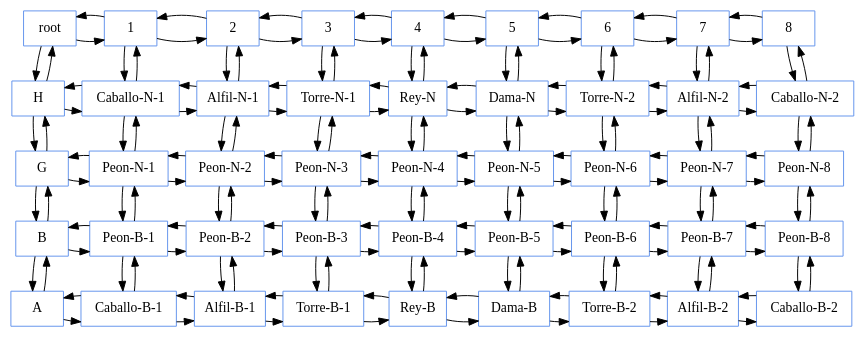
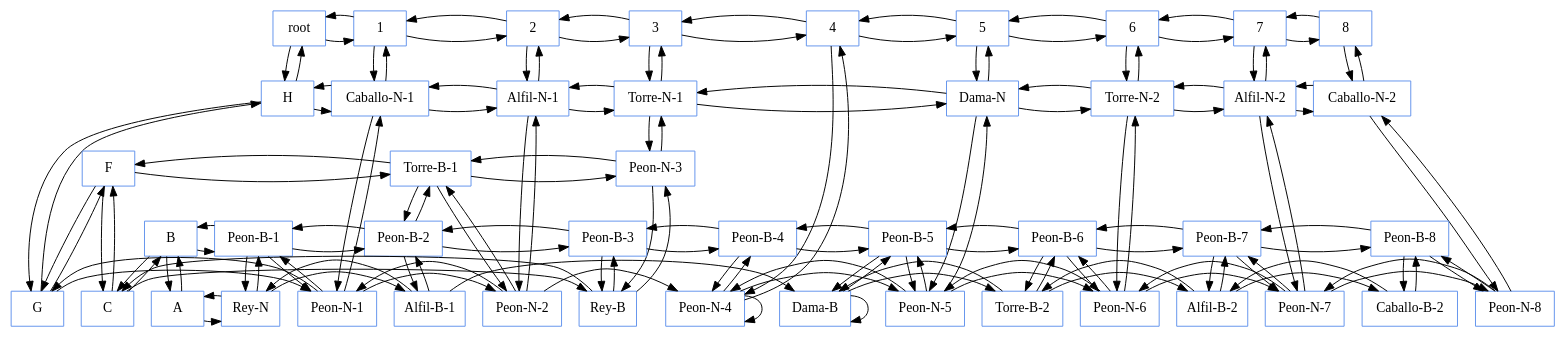
The diagram in Proyectos/Proyecto1/build-Ajedrez3D-Desktop_Qt_5_9_0_MinGW_32bit-Debug/Matriz.dot (ricardcutzh/EDD_Junio), drawn with Graphviz before and after one commit. The commit also changed 15 other files, not shown here.

```diff
--- a/Proyectos/Proyecto1/build-Ajedrez3D-Desktop_Qt_5_9_0_MinGW_32bit-Debug/Matriz.dot
+++ b/Proyectos/Proyecto1/build-Ajedrez3D-Desktop_Qt_5_9_0_MinGW_32bit-Debug/Matriz.dot
@@ -1,166 +1,171 @@
 digraph g {
 node [shape=box, color=cornflowerblue ];
 {rank=same;"root";"1";"2";"3";"4";"5";"6";"7";"8";};
 "root";
 {rank=same;"root";"root";"1";"2";"3";"4";"5";"6";"7";"8";};
 "root"->"1";
 "root"->"H";
 "1"->"2";
 "1"->"root";
 "1"->"Caballo-N-1";
 "2"->"3";
 "2"->"1";
 "2"->"Alfil-N-1";
 "3"->"4";
 "3"->"2";
 "3"->"Torre-N-1";
 "4"->"5";
 "4"->"3";
-"4"->"Rey-N";
+"4"->"Peon-N-4";
 "5"->"6";
 "5"->"4";
 "5"->"Dama-N";
 "6"->"7";
 "6"->"5";
 "6"->"Torre-N-2";
 "7"->"8";
 "7"->"6";
 "7"->"Alfil-N-2";
 "8"->"7";
 "8"->"Caballo-N-2";
 "H";
-{rank=same;"H";"H";"Caballo-N-1";"Alfil-N-1";"Torre-N-1";"Rey-N";"Dama-N";"Torre-N-2";"Alfil-N-2";"Caballo-N-2";};
+{rank=same;"H";"H";"Caballo-N-1";"Alfil-N-1";"Torre-N-1";"Dama-N";"Torre-N-2";"Alfil-N-2";"Caballo-N-2";};
 "H"->"Caballo-N-1";
 "H"->"G";
 "H"->"root";
 "Caballo-N-1"->"Alfil-N-1";
 "Caballo-N-1"->"H";
 "Caballo-N-1"->"Peon-N-1";
 "Caballo-N-1"->"1";
 "Alfil-N-1"->"Torre-N-1";
 "Alfil-N-1"->"Caballo-N-1";
 "Alfil-N-1"->"Peon-N-2";
 "Alfil-N-1"->"2";
-"Torre-N-1"->"Rey-N";
+"Torre-N-1"->"Dama-N";
 "Torre-N-1"->"Alfil-N-1";
 "Torre-N-1"->"Peon-N-3";
 "Torre-N-1"->"3";
-"Rey-N"->"Dama-N";
-"Rey-N"->"Torre-N-1";
-"Rey-N"->"Peon-N-4";
-"Rey-N"->"4";
 "Dama-N"->"Torre-N-2";
-"Dama-N"->"Rey-N";
+"Dama-N"->"Torre-N-1";
 "Dama-N"->"Peon-N-5";
 "Dama-N"->"5";
 "Torre-N-2"->"Alfil-N-2";
 "Torre-N-2"->"Dama-N";
 "Torre-N-2"->"Peon-N-6";
 "Torre-N-2"->"6";
 "Alfil-N-2"->"Caballo-N-2";
 "Alfil-N-2"->"Torre-N-2";
 "Alfil-N-2"->"Peon-N-7";
 "Alfil-N-2"->"7";
 "Caballo-N-2"->"Alfil-N-2";
 "Caballo-N-2"->"Peon-N-8";
 "Caballo-N-2"->"8";
 "G";
-{rank=same;"G";"G";"Peon-N-1";"Peon-N-2";"Peon-N-3";"Peon-N-4";"Peon-N-5";"Peon-N-6";"Peon-N-7";"Peon-N-8";};
+{rank=same;"G";"G";"Peon-N-1";"Peon-N-2";"Peon-N-4";"Peon-N-5";"Peon-N-6";"Peon-N-7";"Peon-N-8";};
 "G"->"Peon-N-1";
-"G"->"B";
+"G"->"F";
 "G"->"H";
 "Peon-N-1"->"Peon-N-2";
 "Peon-N-1"->"G";
 "Peon-N-1"->"Peon-B-1";
 "Peon-N-1"->"Caballo-N-1";
-"Peon-N-2"->"Peon-N-3";
+"Peon-N-2"->"Peon-N-4";
 "Peon-N-2"->"Peon-N-1";
-"Peon-N-2"->"Peon-B-2";
+"Peon-N-2"->"Torre-B-1";
 "Peon-N-2"->"Alfil-N-1";
-"Peon-N-3"->"Peon-N-4";
-"Peon-N-3"->"Peon-N-2";
-"Peon-N-3"->"Peon-B-3";
-"Peon-N-3"->"Torre-N-1";
 "Peon-N-4"->"Peon-N-5";
-"Peon-N-4"->"Peon-N-3";
+"Peon-N-4"->"Peon-N-4";
 "Peon-N-4"->"Peon-B-4";
-"Peon-N-4"->"Rey-N";
+"Peon-N-4"->"4";
 "Peon-N-5"->"Peon-N-6";
 "Peon-N-5"->"Peon-N-4";
 "Peon-N-5"->"Peon-B-5";
 "Peon-N-5"->"Dama-N";
 "Peon-N-6"->"Peon-N-7";
 "Peon-N-6"->"Peon-N-5";
 "Peon-N-6"->"Peon-B-6";
 "Peon-N-6"->"Torre-N-2";
 "Peon-N-7"->"Peon-N-8";
 "Peon-N-7"->"Peon-N-6";
 "Peon-N-7"->"Peon-B-7";
 "Peon-N-7"->"Alfil-N-2";
 "Peon-N-8"->"Peon-N-7";
 "Peon-N-8"->"Peon-B-8";
 "Peon-N-8"->"Caballo-N-2";
+"F";
+{rank=same;"F";"F";"Torre-B-1";"Peon-N-3";};
+"F"->"Torre-B-1";
+"F"->"C";
+"F"->"G";
+"Torre-B-1"->"Peon-N-3";
+"Torre-B-1"->"F";
+"Torre-B-1"->"Peon-B-2";
+"Torre-B-1"->"Peon-N-2";
+"Peon-N-3"->"Torre-B-1";
+"Peon-N-3"->"Rey-B";
+"Peon-N-3"->"Torre-N-1";
+"C";
+{rank=same;"C";"C";"Rey-B";};
+"C"->"Rey-B";
+"C"->"B";
+"C"->"F";
+"Rey-B"->"C";
+"Rey-B"->"Peon-B-3";
+"Rey-B"->"Peon-N-3";
 "B";
 {rank=same;"B";"B";"Peon-B-1";"Peon-B-2";"Peon-B-3";"Peon-B-4";"Peon-B-5";"Peon-B-6";"Peon-B-7";"Peon-B-8";};
 "B"->"Peon-B-1";
 "B"->"A";
-"B"->"G";
+"B"->"C";
 "Peon-B-1"->"Peon-B-2";
 "Peon-B-1"->"B";
-"Peon-B-1"->"Caballo-B-1";
+"Peon-B-1"->"Rey-N";
 "Peon-B-1"->"Peon-N-1";
 "Peon-B-2"->"Peon-B-3";
 "Peon-B-2"->"Peon-B-1";
 "Peon-B-2"->"Alfil-B-1";
-"Peon-B-2"->"Peon-N-2";
+"Peon-B-2"->"Torre-B-1";
 "Peon-B-3"->"Peon-B-4";
 "Peon-B-3"->"Peon-B-2";
-"Peon-B-3"->"Torre-B-1";
-"Peon-B-3"->"Peon-N-3";
+"Peon-B-3";
+"Peon-B-3"->"Rey-B";
 "Peon-B-4"->"Peon-B-5";
 "Peon-B-4"->"Peon-B-3";
-"Peon-B-4"->"Rey-B";
 "Peon-B-4"->"Peon-N-4";
 "Peon-B-5"->"Peon-B-6";
 "Peon-B-5"->"Peon-B-4";
 "Peon-B-5"->"Dama-B";
 "Peon-B-5"->"Peon-N-5";
 "Peon-B-6"->"Peon-B-7";
 "Peon-B-6"->"Peon-B-5";
 "Peon-B-6"->"Torre-B-2";
 "Peon-B-6"->"Peon-N-6";
 "Peon-B-7"->"Peon-B-8";
 "Peon-B-7"->"Peon-B-6";
 "Peon-B-7"->"Alfil-B-2";
 "Peon-B-7"->"Peon-N-7";
 "Peon-B-8"->"Peon-B-7";
 "Peon-B-8"->"Caballo-B-2";
 "Peon-B-8"->"Peon-N-8";
 "A";
-{rank=same;"A";"A";"Caballo-B-1";"Alfil-B-1";"Torre-B-1";"Rey-B";"Dama-B";"Torre-B-2";"Alfil-B-2";"Caballo-B-2";};
-"A"->"Caballo-B-1";
+{rank=same;"A";"A";"Rey-N";"Alfil-B-1";"Dama-B";"Torre-B-2";"Alfil-B-2";"Caballo-B-2";};
+"A"->"Rey-N";
 "A"->"B";
-"Caballo-B-1"->"Alfil-B-1";
-"Caballo-B-1"->"A";
-"Caballo-B-1"->"Peon-B-1";
-"Alfil-B-1"->"Torre-B-1";
-"Alfil-B-1"->"Caballo-B-1";
+"Rey-N"->"Alfil-B-1";
+"Rey-N"->"A";
+"Rey-N"->"Peon-B-1";
+"Alfil-B-1"->"Dama-B";
+"Alfil-B-1"->"Rey-N";
 "Alfil-B-1"->"Peon-B-2";
-"Torre-B-1"->"Rey-B";
-"Torre-B-1"->"Alfil-B-1";
-"Torre-B-1"->"Peon-B-3";
-"Rey-B"->"Dama-B";
-"Rey-B"->"Torre-B-1";
-"Rey-B"->"Peon-B-4";
 "Dama-B"->"Torre-B-2";
-"Dama-B"->"Rey-B";
+"Dama-B"->"Dama-B";
 "Dama-B"->"Peon-B-5";
 "Torre-B-2"->"Alfil-B-2";
 "Torre-B-2"->"Dama-B";
 "Torre-B-2"->"Peon-B-6";
 "Alfil-B-2"->"Caballo-B-2";
 "Alfil-B-2"->"Torre-B-2";
 "Alfil-B-2"->"Peon-B-7";
 "Caballo-B-2"->"Alfil-B-2";
 "Caballo-B-2"->"Peon-B-8";
 }
```
